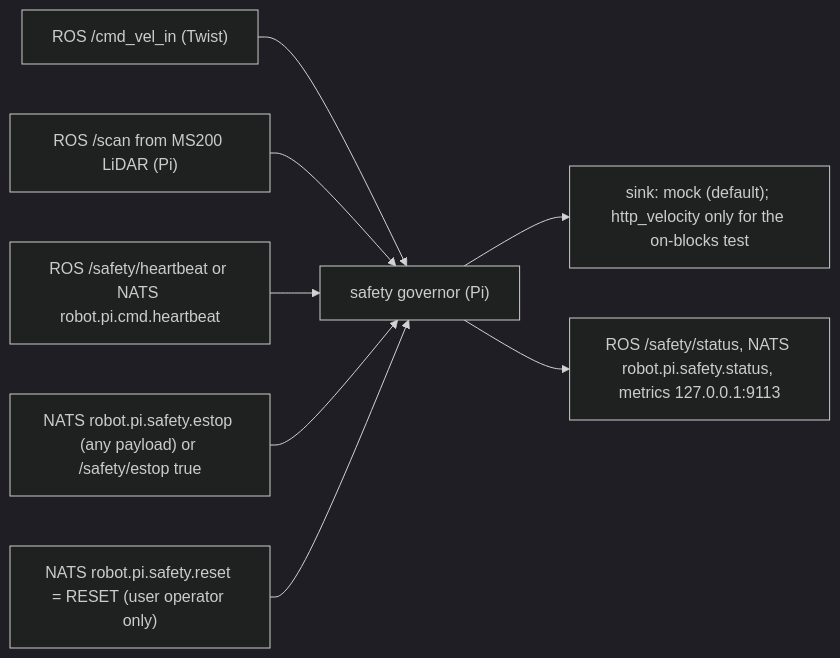
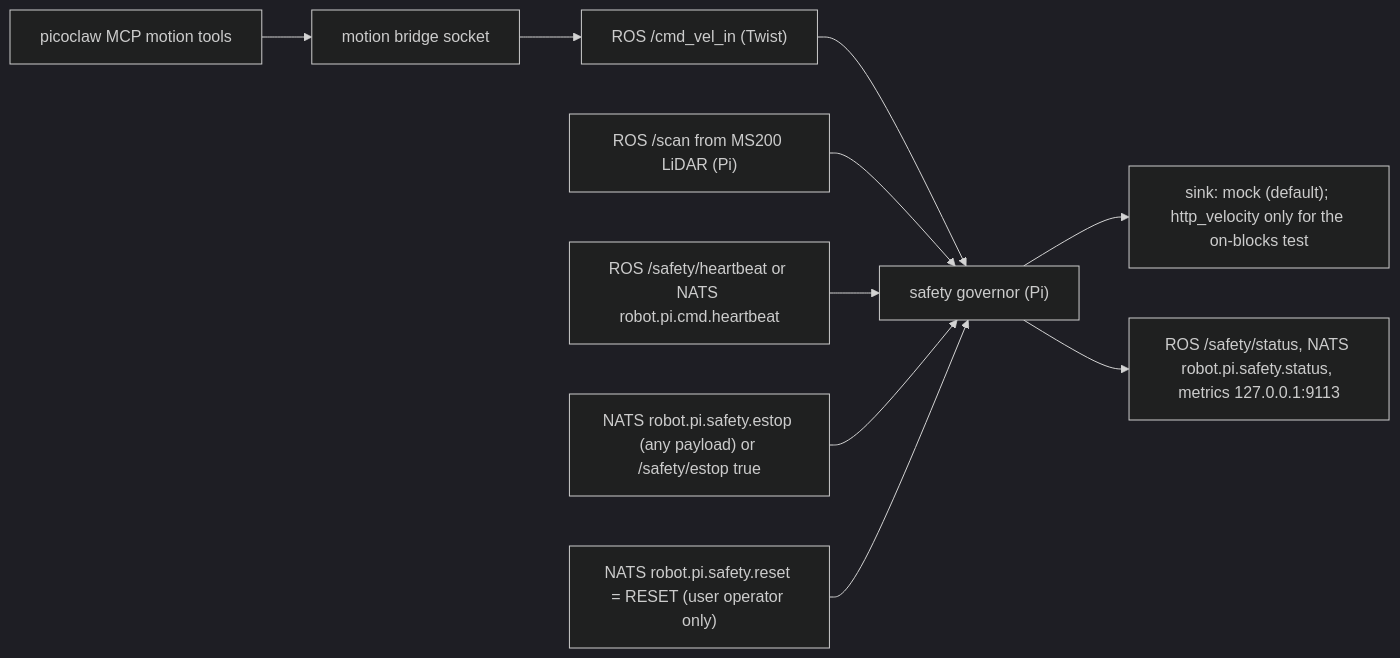
The fifth of 5 diagrams in docs-site/content/docs/overview/flows.mdx (nikghodki/homelab), drawn with Mermaid (dark theme) before and after one commit. The commit also changed 15 other files, not shown here.

Commit message:
docs-site: cover PR #73 (picoclaw as its own user, motion through the governor's motion bridge)

````diff
--- a/docs-site/content/docs/overview/flows.mdx
+++ b/docs-site/content/docs/overview/flows.mdx
@@ -91,10 +91,11 @@
 ```mermaid
 flowchart LR
+  PC["picoclaw MCP motion tools"] --> MB["motion bridge socket"] --> CMD
   CMD["ROS /cmd_vel_in (Twist)"] --> G["safety governor (Pi)"]
   SCAN["ROS /scan from MS200 LiDAR (Pi)"] --> G
   HB["ROS /safety/heartbeat or NATS robot.pi.cmd.heartbeat"] --> G
   ES["NATS robot.pi.safety.estop (any payload) or /safety/estop true"] --> G
   RS["NATS robot.pi.safety.reset = RESET (user operator only)"] --> G
   G --> SINK["sink: mock (default); http_velocity only for the on-blocks test"]
   G --> ST["ROS /safety/status, NATS robot.pi.safety.status, metrics 127.0.0.1:9113"]
 ```
````
